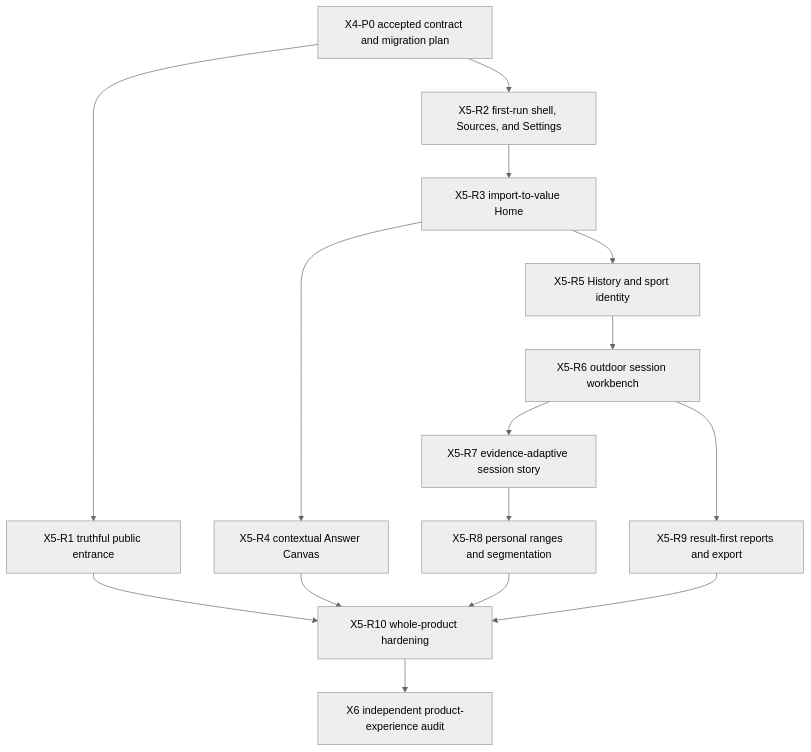
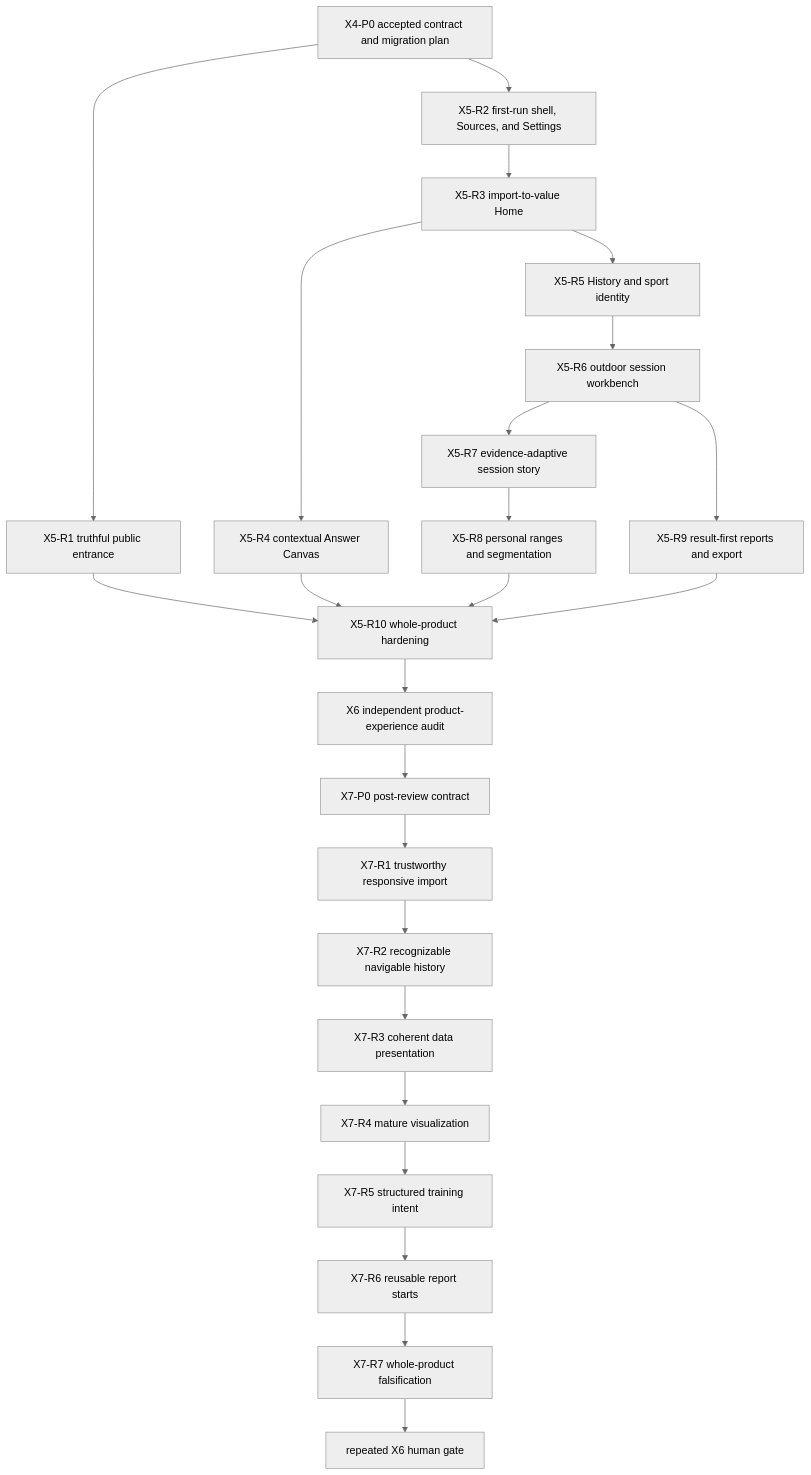
One commit to purnalica/fitfreed changed the diagram in docs/plans/mvp-redesign-production-migration.md. Above: the diagram before and after it, drawn with Mermaid (neutral theme). The commit also changed other lines of this file and 3 other files, not shown here.

Commit message:
Plan post-review MVP corrections

````diff
--- a/docs/plans/mvp-redesign-production-migration.md
+++ b/docs/plans/mvp-redesign-production-migration.md
@@ -228,17 +243,26 @@
 ```mermaid
 flowchart TD
     P0[X4-P0 accepted contract and migration plan] --> R1[X5-R1 truthful public entrance]
     P0 --> R2[X5-R2 first-run shell, Sources, and Settings]
     R2 --> R3[X5-R3 import-to-value Home]
     R3 --> R4[X5-R4 contextual Answer Canvas]
     R3 --> R5[X5-R5 History and sport identity]
     R5 --> R6[X5-R6 outdoor session workbench]
     R6 --> R7[X5-R7 evidence-adaptive session story]
     R7 --> R8[X5-R8 personal ranges and segmentation]
     R6 --> R9[X5-R9 result-first reports and export]
     R1 --> R10[X5-R10 whole-product hardening]
     R4 --> R10
     R8 --> R10
     R9 --> R10
     R10 --> A[X6 independent product-experience audit]
+    A --> P7[X7-P0 post-review contract]
+    P7 --> C71[X7-R1 trustworthy responsive import]
+    C71 --> C72[X7-R2 recognizable navigable history]
+    C72 --> C73[X7-R3 coherent data presentation]
+    C73 --> C74[X7-R4 mature visualization]
+    C74 --> C75[X7-R5 structured training intent]
+    C75 --> C76[X7-R6 reusable report starts]
+    C76 --> C77[X7-R7 whole-product falsification]
+    C77 --> A2[repeated X6 human gate]
 ```
````
